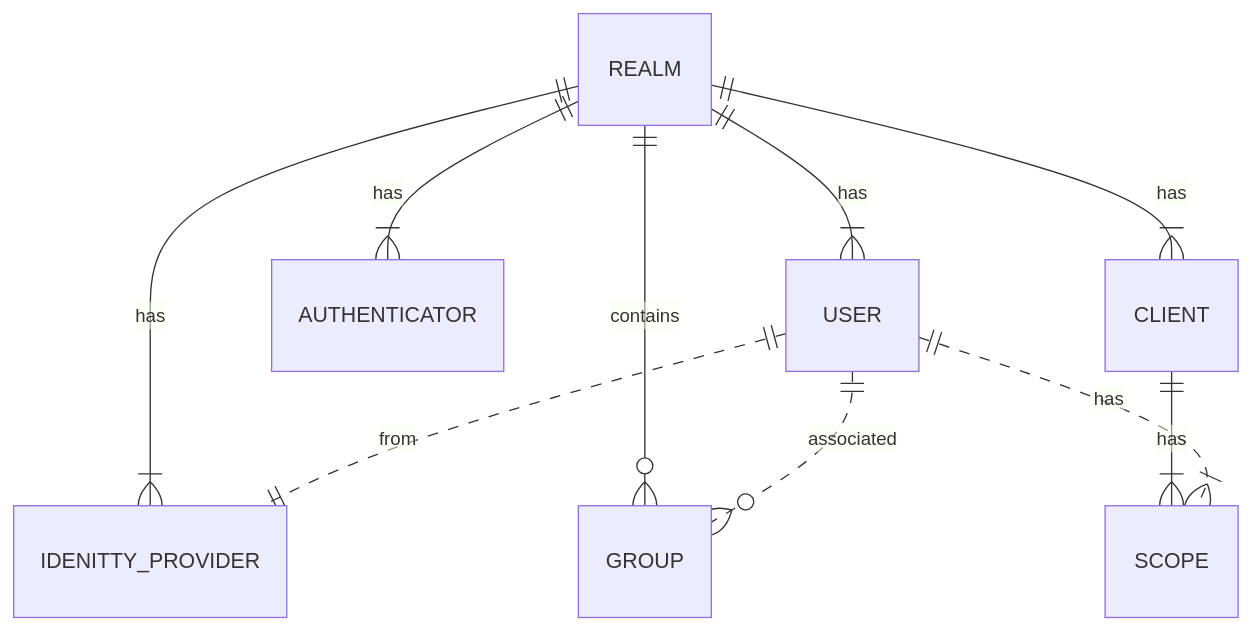
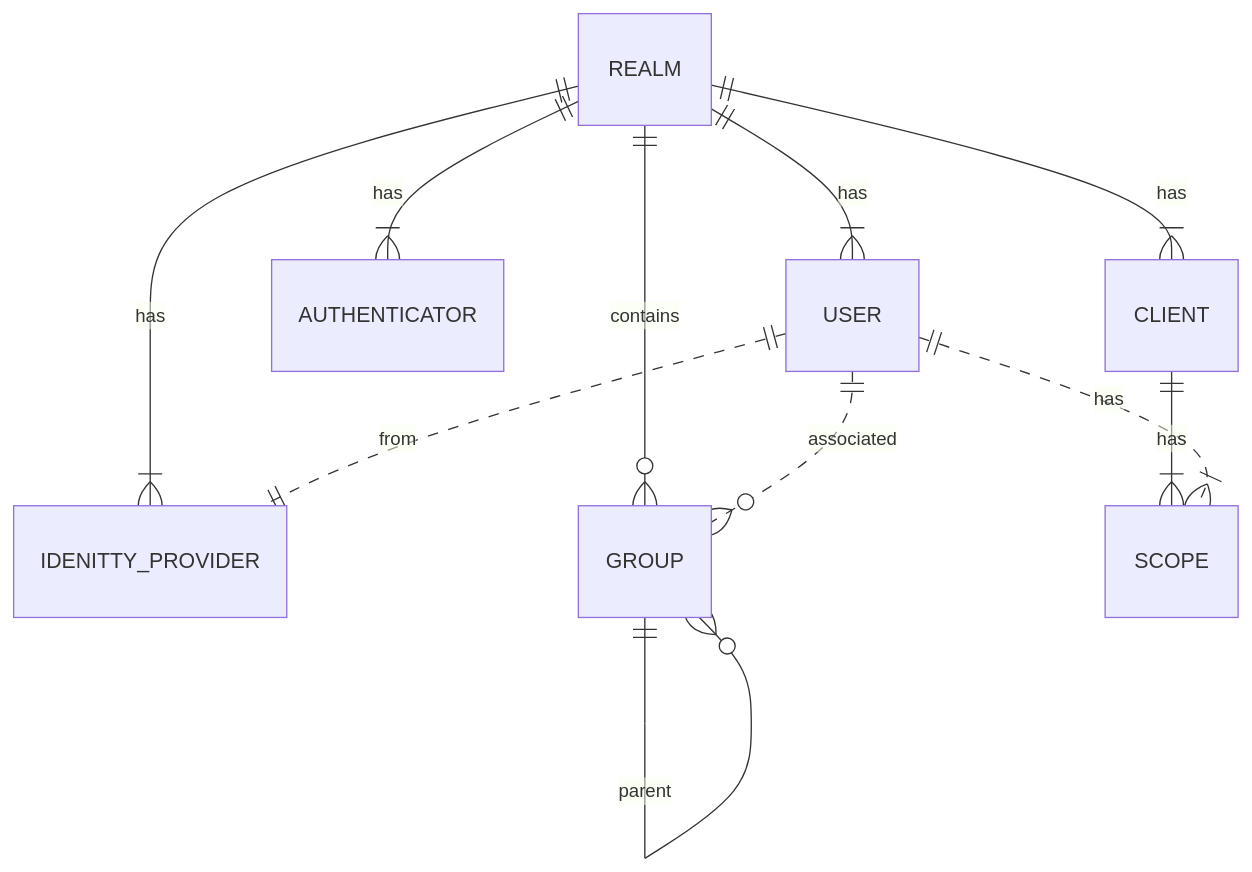
Before and after one commit to Redhat-Alice/keycloak: the first of 2 diagrams in docs/design/tenancy/entities.md, drawn with Mermaid. The commit also changed other lines of this file, not shown here.

````diff
--- a/docs/design/tenancy/entities.md
+++ b/docs/design/tenancy/entities.md
@@ -36,13 +36,14 @@
 ```mermaid
 erDiagram
     REALM ||--|{ USER: has
     REALM ||--|{ AUTHENTICATOR: has
     REALM ||--|{ IDENITTY_PROVIDER: has
     USER ||..|| IDENITTY_PROVIDER: from
     REALM ||--o{ GROUP: contains
     USER ||..o{ GROUP: associated
+    GROUP ||--o{ GROUP: parent
     REALM ||--|{ CLIENT: has
     CLIENT ||--|{ SCOPE: has
     USER ||..|{ SCOPE: has
 
 ```
````
